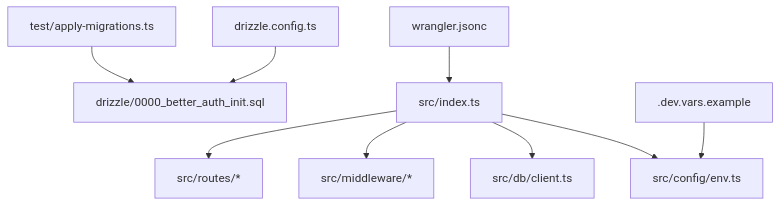
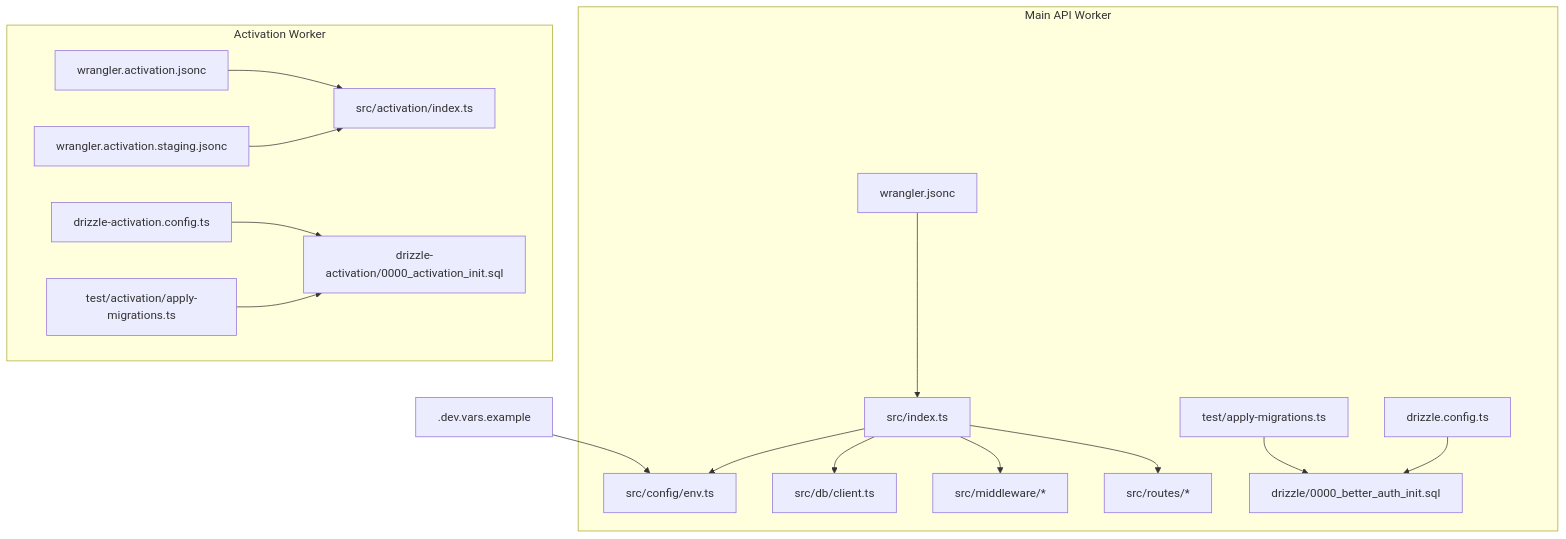
One commit to Mesililm-LLC/api.trackdub changed the first of 3 diagrams in .qoder/repowiki/en/content/Deployment Guide/Deployment Guide.md. Above: the diagram before and after it, drawn with Mermaid. The commit also changed other lines of this file and 37 other files, not shown here.

````diff
--- a/.qoder/repowiki/en/content/Deployment Guide/Deployment Guide.md
+++ b/.qoder/repowiki/en/content/Deployment Guide/Deployment Guide.md
@@ -43,11 +58,19 @@
 ```mermaid
 graph TB
+subgraph "Main API Worker"
 A["wrangler.jsonc"] --> B["src/index.ts"]
 B --> C["src/config/env.ts"]
 B --> D["src/db/client.ts"]
 B --> E["src/middleware/*"]
 B --> F["src/routes/*"]
 G["drizzle.config.ts"] --> H["drizzle/0000_better_auth_init.sql"]
 I["test/apply-migrations.ts"] --> H
-J[".dev.vars.example"] --> C
+end
+subgraph "Activation Worker"
+J["wrangler.activation.jsonc"] --> K["src/activation/index.ts"]
+L["wrangler.activation.staging.jsonc"] --> K
+M["drizzle-activation.config.ts"] --> N["drizzle-activation/0000_activation_init.sql"]
+O["test/activation/apply-migrations.ts"] --> N
+end
+P[".dev.vars.example"] --> C
 ```
````
